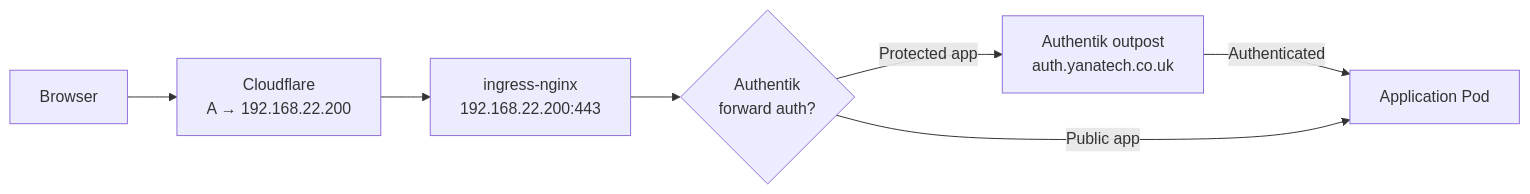
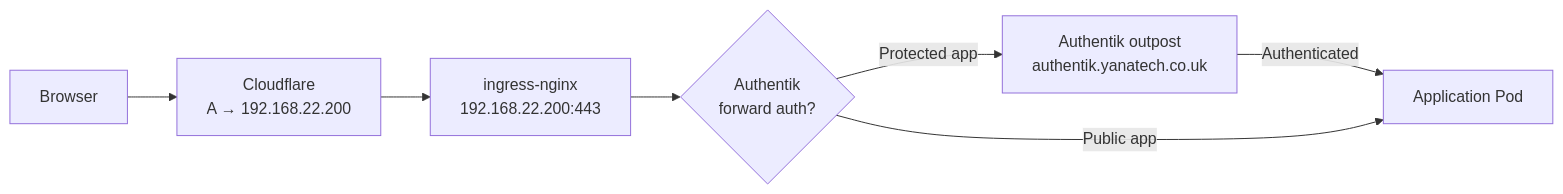
The fourth of 13 diagrams in ARCHITECTURE.md (akann/k8s-apps), drawn with Mermaid before and after one commit. The commit also changed other lines of this file and 7 other files, not shown here.

Commit message:
feat(authentik): rename ingress hostname from auth to authentik.yanatech.co.uk

````diff
--- a/ARCHITECTURE.md
+++ b/ARCHITECTURE.md
@@ -217,9 +217,9 @@
 ```mermaid
 graph LR
     Browser --> CF["Cloudflare<br/>A → 192.168.22.200"]
     CF --> NX["ingress-nginx<br/>192.168.22.200:443"]
     NX --> Auth{"Authentik<br/>forward auth?"}
-    Auth -->|"Protected app"| AK["Authentik outpost<br/>auth.yanatech.co.uk"]
+    Auth -->|"Protected app"| AK["Authentik outpost<br/>authentik.yanatech.co.uk"]
     AK -->|"Authenticated"| App["Application Pod"]
     Auth -->|"Public app"| App
 ```
````
